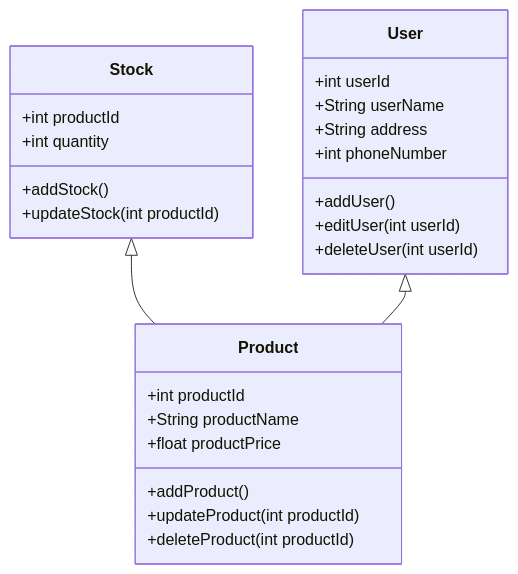
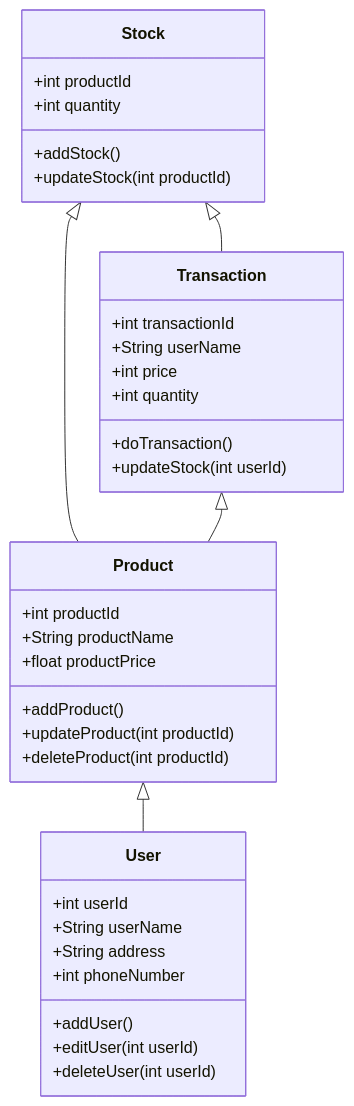
Before and after one commit to msaf9/stock-management-system: the diagram in classDiagram.md, drawn with Mermaid.

Commit message:
Class diagram implemented

````diff
--- a/classDiagram.md
+++ b/classDiagram.md
@@ -1,29 +1,38 @@
 ```mermaid
 classDiagram
+      Product <|-- User
       Stock <|-- Product
-      User <|-- Product
-      
+      Transaction <|-- Product
+      Stock <|-- Transaction
       class Stock{
           +int productId
           +int quantity
           +addStock()
           +updateStock(int productId)
       }
       class Product{
           +int productId
           +String productName
           +float productPrice 
           +addProduct()
           +updateProduct(int productId)
           +deleteProduct(int productId)
       }
       class User{
           +int userId
           +String userName
           +String address
           +int phoneNumber
           +addUser()
           +editUser(int userId)
           +deleteUser(int userId)
       }
+      class Transaction{
+          +int transactionId
+          +String userName
+          +int price
+          +int quantity
+          +doTransaction()
+          +updateStock(int userId)
+      }
 ```
````
